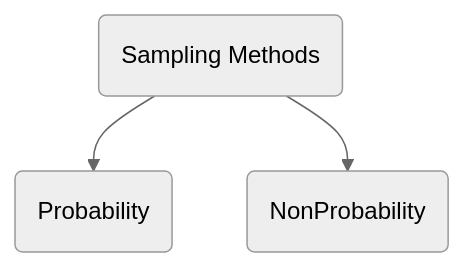
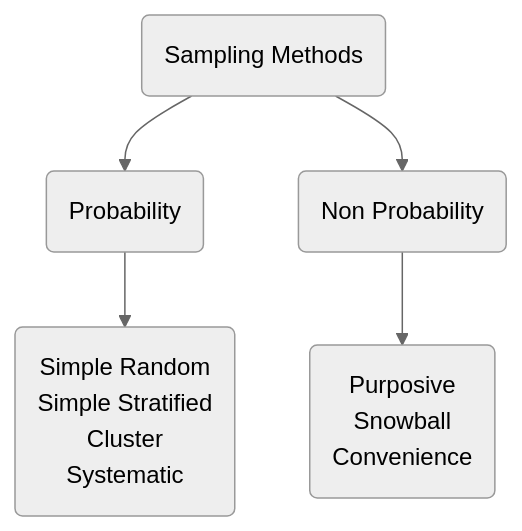
The diagram in content/Sample, Universe, Population.md (corvusdeinanis/cuddly-train), drawn with Mermaid (neutral theme) before and after one commit. The commit also changed other lines of this file and 11 other files, not shown here.

````diff
--- a/content/Sample, Universe, Population.md
+++ b/content/Sample, Universe, Population.md
@@ -34,8 +38,9 @@
 ```mermaid
 graph TB
 A(Sampling Methods)  
 A-->B(Probability)
-A-->C(NonProbability)
-
+A-->C(Non Probability)
+B-->Z(Simple Random <br> Simple Stratified <br> Cluster <br> Systematic)
+C-->X(Purposive <br> Snowball<br>Convenience)
 
 ```
````
